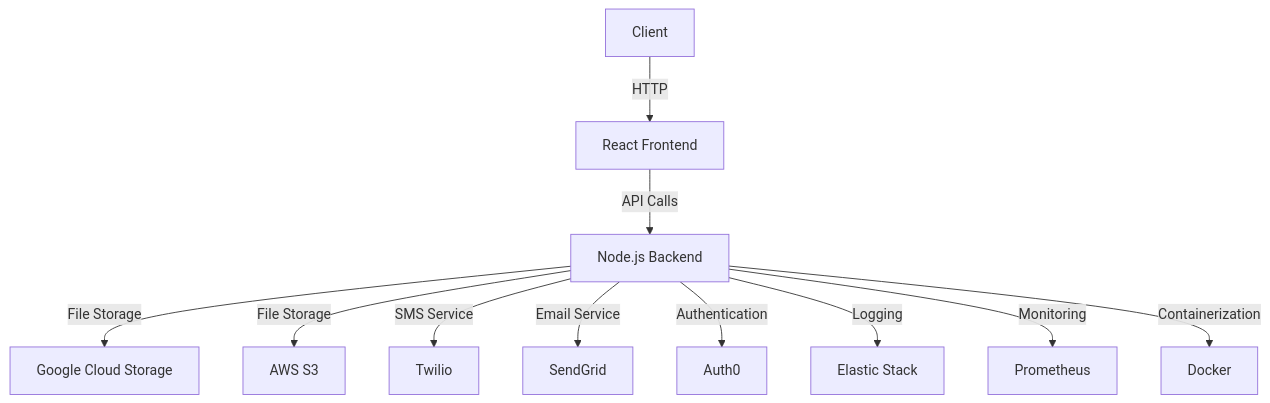
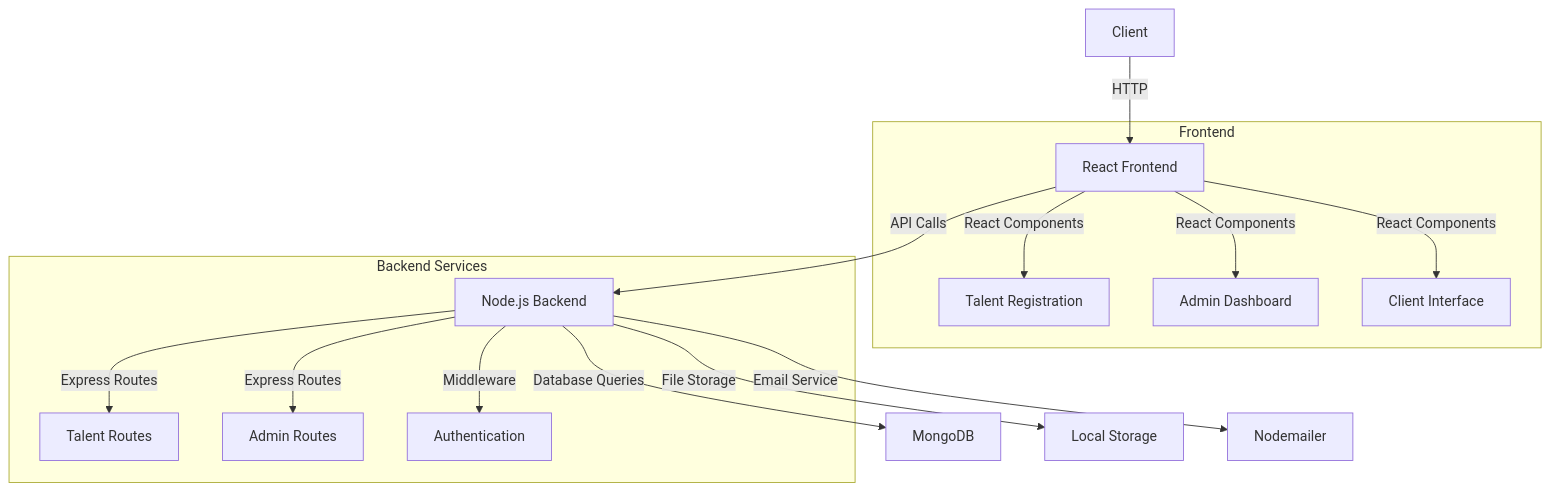
Before and after one commit to Rudra00codes/Talent-Module: the diagram in README.md, drawn with Mermaid. The commit also changed other lines of this file, not shown here.

Commit message:
docs: update README.md to reflect new architecture, technology stack, and setup instructions for the Talent Platform; enhance clarity on frontend and backend services, and add troubleshooting tips

````diff
--- a/README.md
+++ b/README.md
@@ -78,13 +76,20 @@
 ```mermaid
 graph TD
     A[Client] -->|HTTP| B[React Frontend]
     B -->|API Calls| C[Node.js Backend]
-    C -->|File Storage| F[Google Cloud Storage]
-    C -->|File Storage| E[AWS S3]
-    C -->|SMS Service| G[Twilio]
-    C -->|Email Service| H[SendGrid]
-    C -->|Authentication| I[Auth0]
-    C -->|Logging| J[Elastic Stack]
-    C -->|Monitoring| K[Prometheus]
-    C -->|Containerization| L[Docker]
+    C -->|Database Queries| D[MongoDB]
+    C -->|File Storage| E[Local Storage]
+    C -->|Email Service| F[Nodemailer]
+    
+    subgraph Frontend
+        B -->|React Components| B1[Talent Registration]
+        B -->|React Components| B2[Admin Dashboard]
+        B -->|React Components| B3[Client Interface]
+    end
+    
+    subgraph Backend Services
+        C -->|Express Routes| C1[Talent Routes]
+        C -->|Express Routes| C2[Admin Routes]
+        C -->|Middleware| C3[Authentication]
+    end
 ```
````
